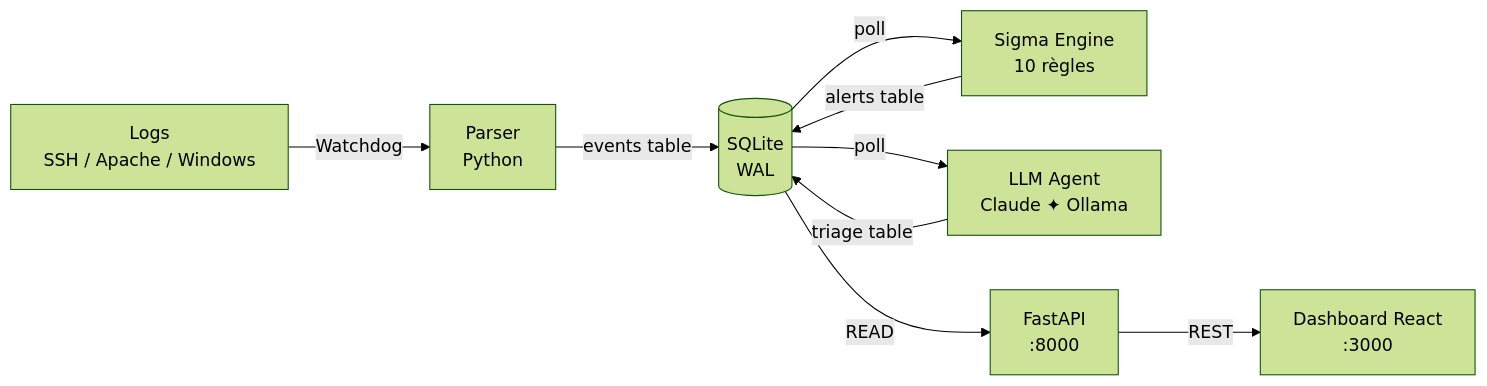
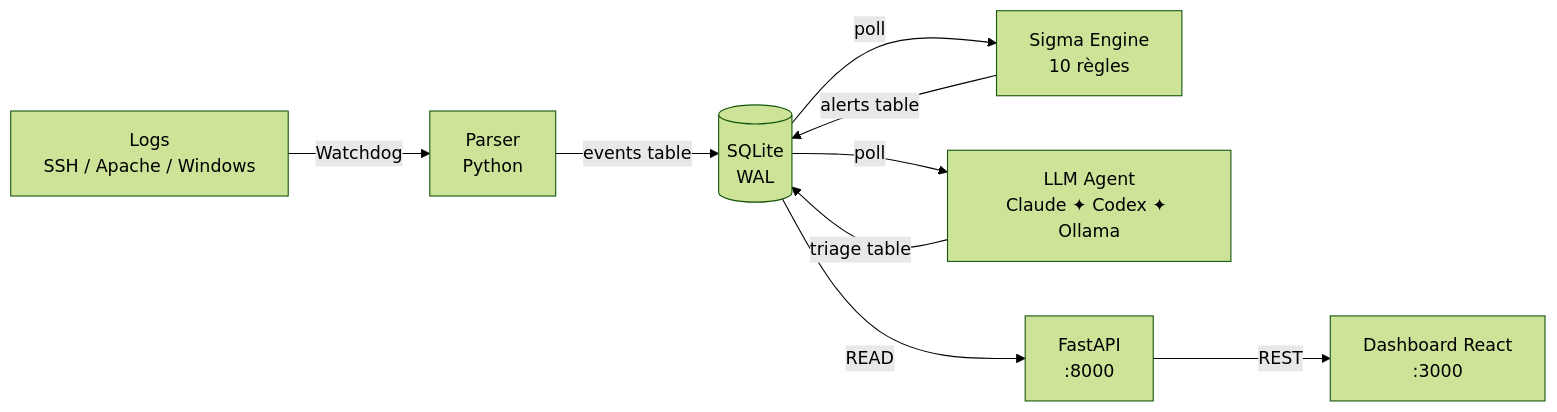
One commit to Crypt0nik/SOC-AI changed the diagram in README.md. Above: the diagram before and after it, drawn with Mermaid (forest theme). The commit also changed other lines of this file and 8 other files, not shown here.

Commit message:
feat(llm): add OpenAI Codex backend support and update environment configuration

````diff
--- a/README.md
+++ b/README.md
@@ -45,11 +45,11 @@
 ```mermaid
 graph LR
     A[Logs<br/>SSH / Apache / Windows] -->|Watchdog| B[Parser<br/>Python]
     B -->|events table| C[(SQLite<br/>WAL)]
     C -->|poll| D[Sigma Engine<br/>10 règles]
     D -->|alerts table| C
-    C -->|poll| E[LLM Agent<br/>Claude ✦ Ollama]
+    C -->|poll| E[LLM Agent<br/>Claude ✦ Codex ✦ Ollama]
     E -->|triage table| C
     C -->|READ| F[FastAPI<br/>:8000]
     F -->|REST| G[Dashboard React<br/>:3000]
 ```
````
